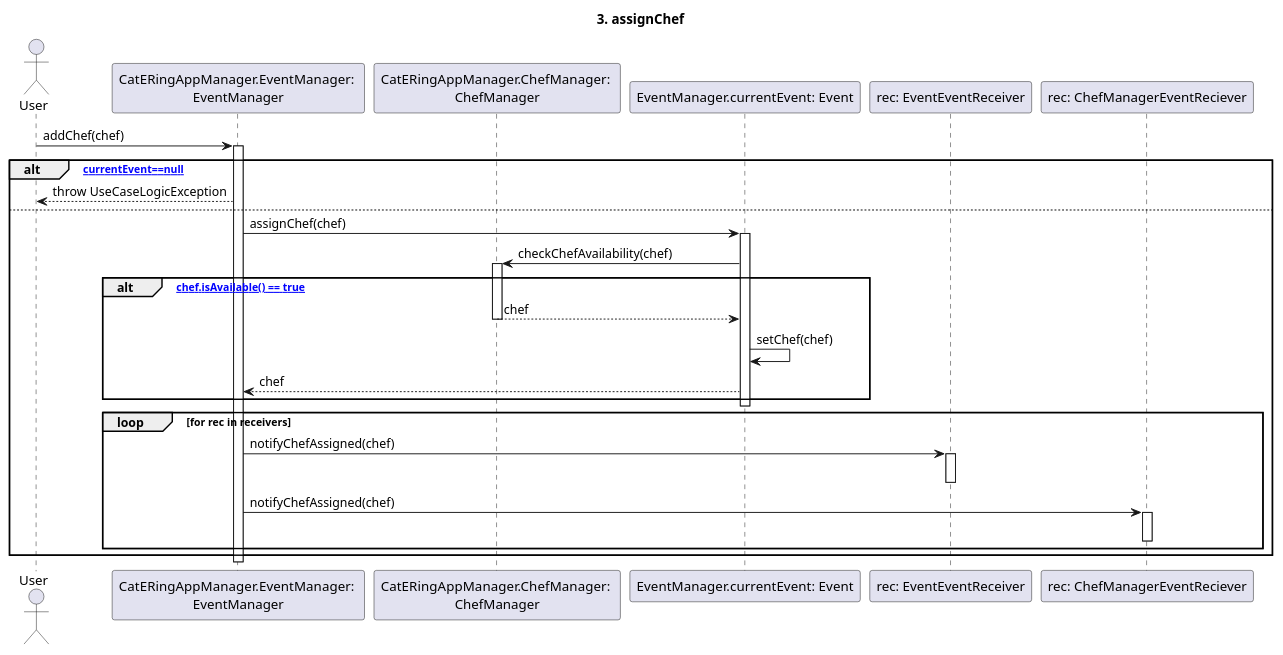
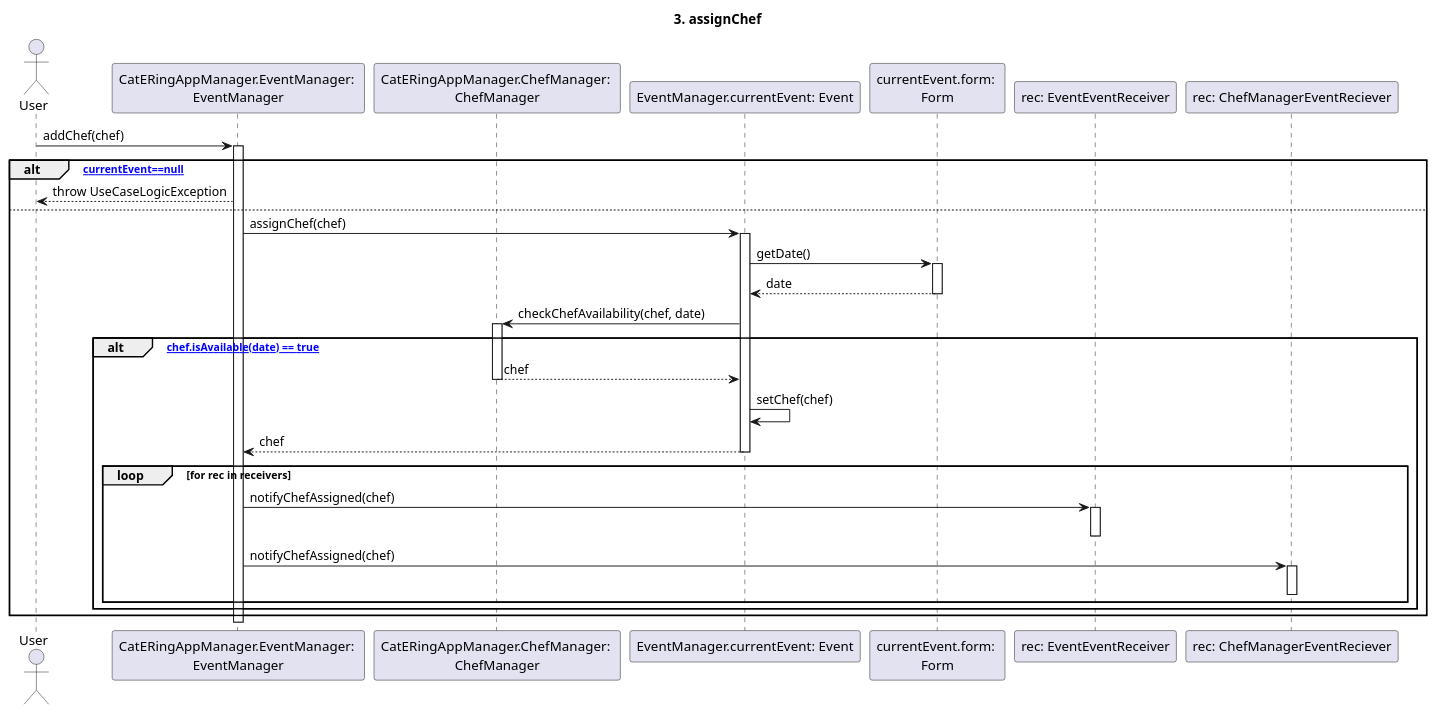
The diagram in dsd/dsd-eventi/scenarioPrincipale/3-assignChef.md (m0canu1/sas), drawn with PlantUML before and after one commit. The commit also changed 3 other files, not shown here.

````diff
--- a/dsd/dsd-eventi/scenarioPrincipale/3-assignChef.md
+++ b/dsd/dsd-eventi/scenarioPrincipale/3-assignChef.md
@@ -1,40 +1,46 @@
 ```plantuml
 
 title: 3. assignChef
 
 Actor User
 Participant "CatERingAppManager.EventManager: \nEventManager" as EM
 Participant "CatERingAppManager.ChefManager: \nChefManager" as SM
 Participant "EventManager.currentEvent: Event" as CE
+Participant "currentEvent.form: \nForm" as F
 Participant "rec: EventEventReceiver" as EER
 Participant "rec: ChefManagerEventReciever" as SMER
 
 User -> EM: addChef(chef)
 Activate EM
 alt [currentEvent==null]
     EM --> User: throw UseCaseLogicException
 else
     EM -> CE: assignChef(chef)
     Activate CE
-    CE -> SM: checkChefAvailability(chef)
+    CE -> F: getDate()
+    Activate F
+    F --> CE: date
+    Deactivate F
+    
+    CE -> SM: checkChefAvailability(chef, date)
     Activate SM
-    alt ["chef.isAvailable() == true"]
+    alt ["chef.isAvailable(date) == true"]
         SM --> CE: chef
         Deactivate SM
         CE -> CE: setChef(chef)
         CE --> EM: chef
-    end
 
     Deactivate CE
     loop for rec in receivers
       EM -> EER: notifyChefAssigned(chef)
       Activate EER
       Deactivate EER
       EM -> SMER: notifyChefAssigned(chef)
       Activate SMER
       Deactivate SMER
     end
+    end
 end
 Deactivate EM
 
 ```
````
